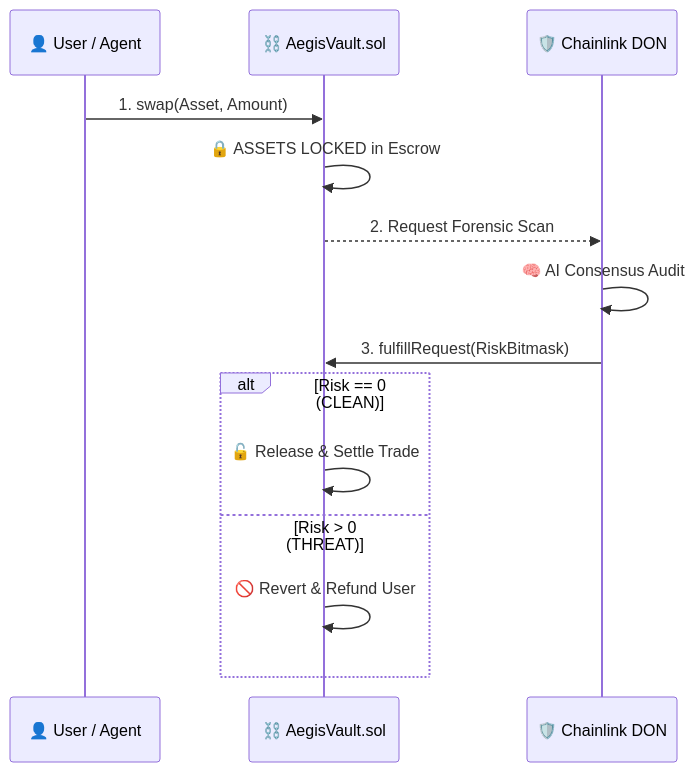
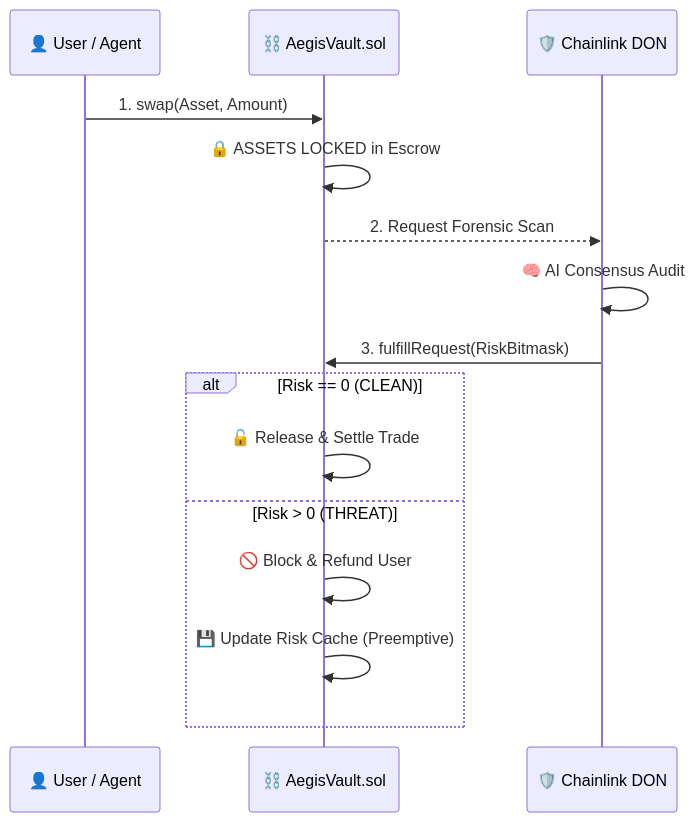
The diagram in contracts/README.md (vjb/aegis-risk-oracle), drawn with Mermaid before and after one commit. The commit also changed other lines of this file and 10 other files, not shown here.

Commit message:
feat(security): implement Triple Lock architecture and Chainlink Automation

````diff
--- a/contracts/README.md
+++ b/contracts/README.md
@@ -13,19 +13,20 @@
 ```mermaid
 sequenceDiagram
     participant User as 👤 User / Agent
     participant Vault as ⛓️ AegisVault.sol
     participant DON as 🛡️ Chainlink DON
     
     User->>Vault: 1. swap(Asset, Amount)
     Vault->>Vault: 🔒 ASSETS LOCKED in Escrow
     Vault-->>DON: 2. Request Forensic Scan
     
     DON->>DON: 🧠 AI Consensus Audit
     DON->>Vault: 3. fulfillRequest(RiskBitmask)
     
     alt Risk == 0 (CLEAN)
         Vault->>Vault: 🔓 Release & Settle Trade
     else Risk > 0 (THREAT)
-        Vault->>Vault: 🚫 Revert & Refund User
+        Vault->>Vault: 🚫 Block & Refund User
+        Vault->>Vault: 💾 Update Risk Cache (Preemptive)
     end
 ```
````
